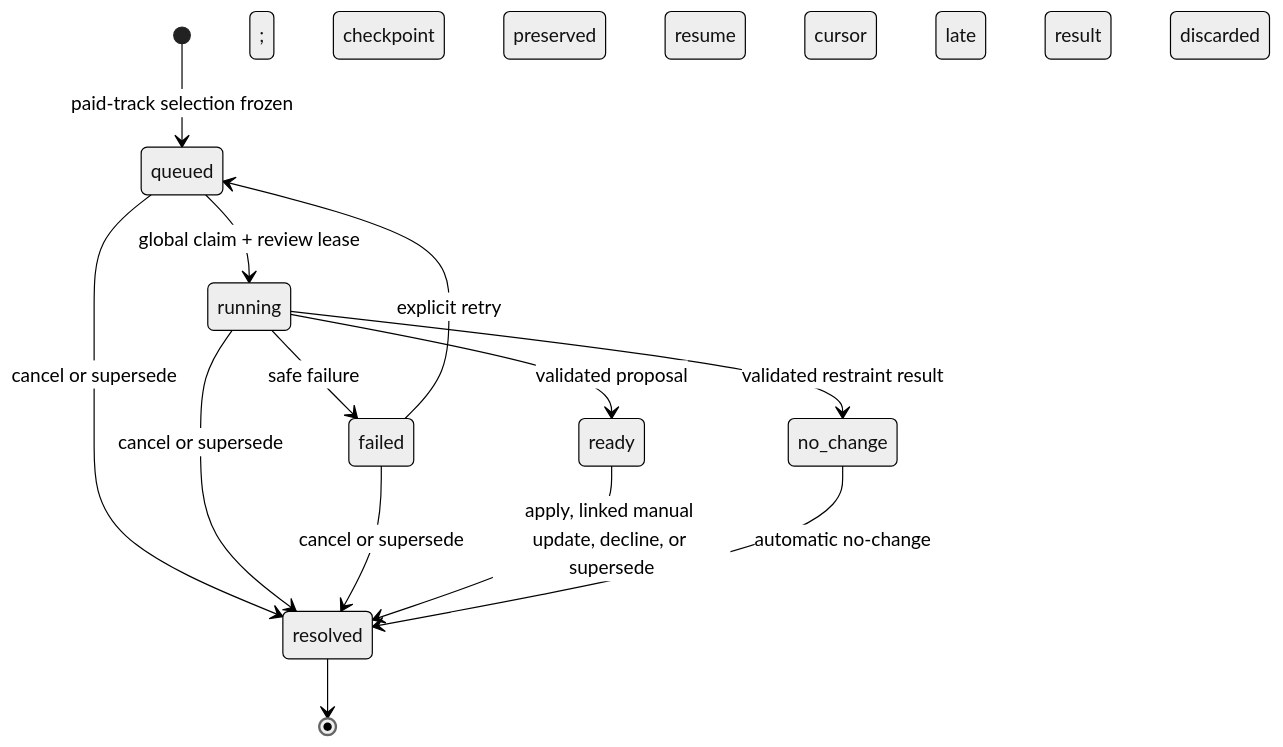
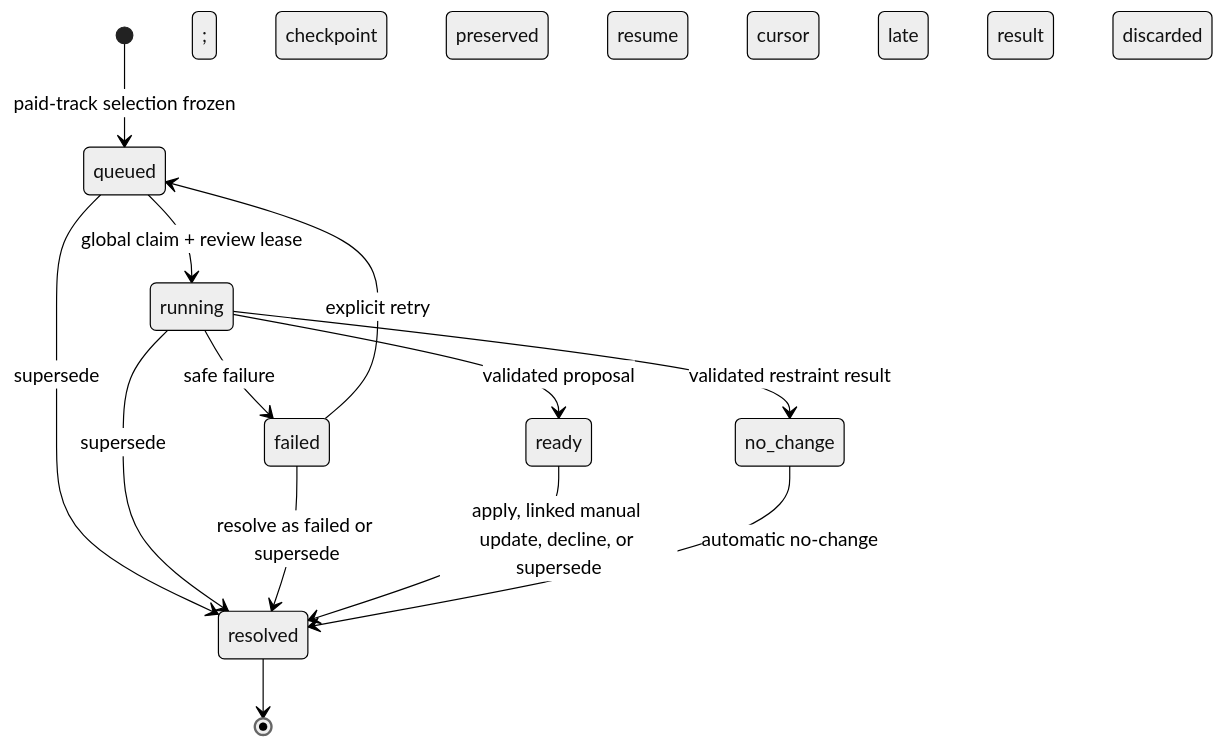
The third of 6 diagrams in docs/plans/2026-08-03-002-feat-owner-learning-loop-plan.md (0xFlicker/influence-game), drawn with Mermaid (neutral theme) before and after one commit. The commit also changed other lines of this file, not shown here.

````diff
--- a/docs/plans/2026-08-03-002-feat-owner-learning-loop-plan.md
+++ b/docs/plans/2026-08-03-002-feat-owner-learning-loop-plan.md
@@ -426,15 +428,15 @@
 ```mermaid
 stateDiagram-v2
   [*] --> queued: paid-track selection frozen
   queued --> running: global claim + review lease
   running --> ready: validated proposal
   running --> no_change: validated restraint result
   running --> failed: safe failure; checkpoint preserved
   failed --> queued: explicit retry; resume cursor preserved
-  queued --> resolved: cancel or supersede
-  running --> resolved: cancel or supersede; late result discarded
-  failed --> resolved: cancel or supersede
+  queued --> resolved: supersede
+  running --> resolved: supersede; late result discarded
+  failed --> resolved: resolve as failed or supersede
   ready --> resolved: apply, linked manual update, decline, or supersede
   no_change --> resolved: automatic no-change
   resolved --> [*]
 ```
````
